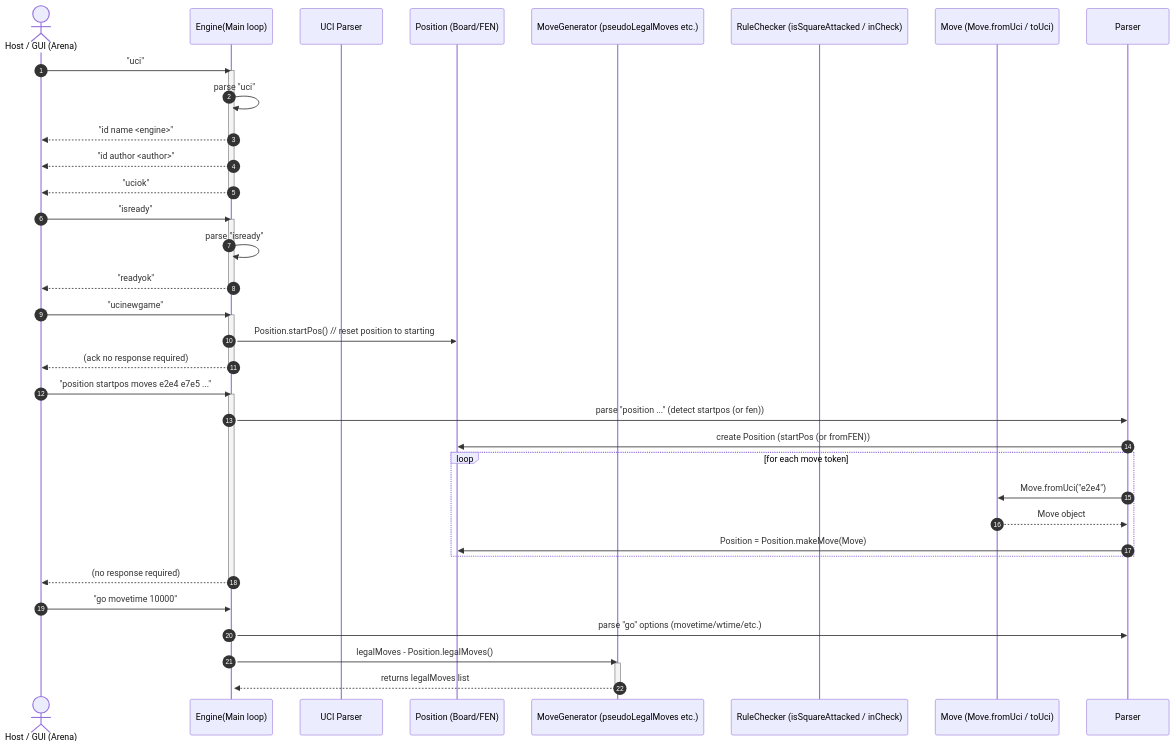
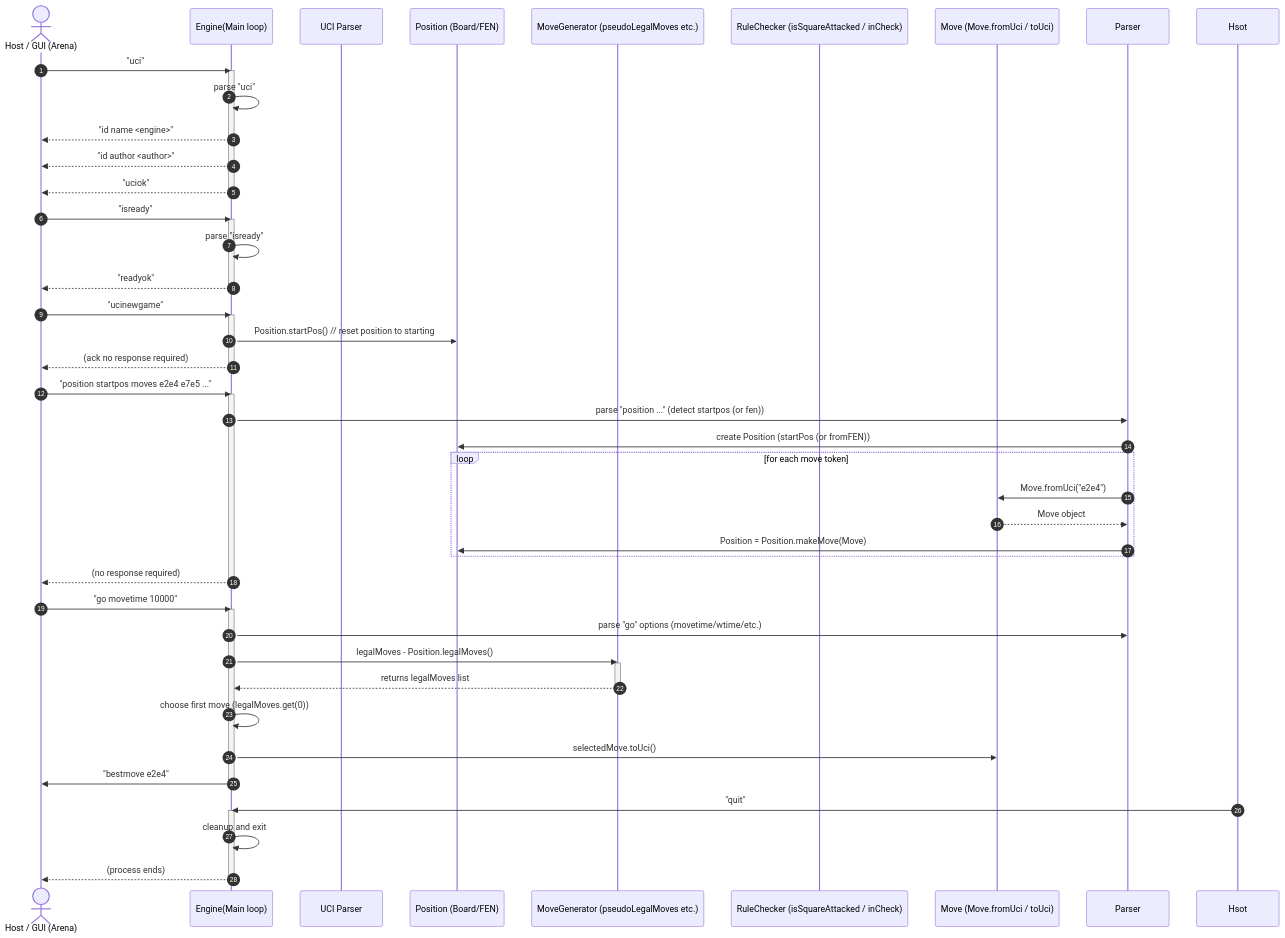
One commit to cbmusonda/gambit-practice changed the diagram in README.md. Above: the diagram before and after it, drawn with Mermaid.

````diff
--- a/README.md
+++ b/README.md
@@ -4,53 +4,66 @@
 ```mermaid
 sequenceDiagram
 	autonumber
 	actor Host as Host / GUI (Arena)
 	participant Engine as Engine(Main loop)
 	participant Paraer as UCI Parser
 	participant Position as Position (Board/FEN)
 	participant MoveGen as MoveGenerator (pseudoLegalMoves etc.)
 	participant Rule as RuleChecker (isSquareAttacked / inCheck)
 	participant MoveObj as Move (Move.fromUci / toUci)
 
 	%%Note over Host,Engine: Engine runs a UCI stdin/stdout loop
 
 	Host ->> Engine: "uci"
 	activate Engine
 	Engine ->> Engine: parse "uci"
 	Engine -->> Host: "id name <engine>"
 	Engine -->> Host: "id author <author>"
 	Engine -->> Host: "uciok"
 	deactivate Engine
 	
 	Host ->> Engine: "isready"
 	activate Engine
 	Engine ->> Engine: parse "isready"
 	Engine -->> Host: "readyok"
 	deactivate Engine
 
 	Host ->> Engine: "ucinewgame"
 	activate Engine
 	Engine ->> Position: Position.startPos() // reset position to starting
 	Engine -->> Host: (ack no response required)
 	deactivate Engine
 
 	Host ->> Engine: "position startpos moves e2e4 e7e5 ..."
 	activate Engine
 	Engine ->> Parser: parse "position ..." (detect startpos (or fen))
 	Parser ->> Position: create Position (startPos (or fromFEN))
 	loop for each move token
 		Parser ->> MoveObj: Move.fromUci("e2e4")
 		MoveObj -->> Parser: Move object
 		Parser ->> Position: Position = Position.makeMove(Move)
 	end
 	Engine -->> Host: (no response required)
 	deactivate Engine
 
 	Host ->> Engine: "go movetime 10000"
 	activate Engine
 	Engine ->> Parser: parse "go" options (movetime/wtime/etc.)
 	Engine ->> MoveGen: legalMoves - Position.legalMoves()
 	activate MoveGen
 	MoveGen -->> Engine: returns legalMoves list
 	deactivate MoveGen
+
+	Engine ->> Engine: choose first move (legalMoves.get(0))
+	Engine ->> MoveObj: selectedMove.toUci()
+	Engine ->> Host: "bestmove e2e4"
+	deactivate Engine
+
+	
+	Hsot ->> Engine: "quit"
+	activate Engine
+	Engine ->> Engine: cleanup and exit
+	Engine -->> Host: (process ends)
+	deactivate Engine
+
 ```
````
